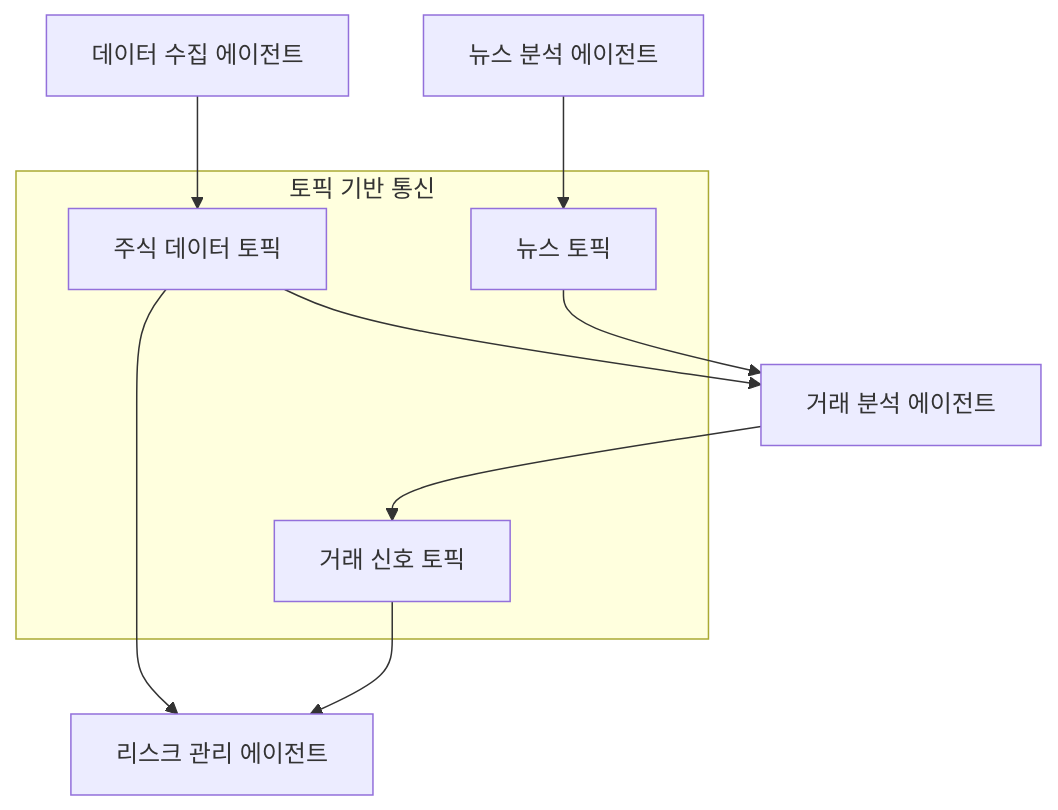
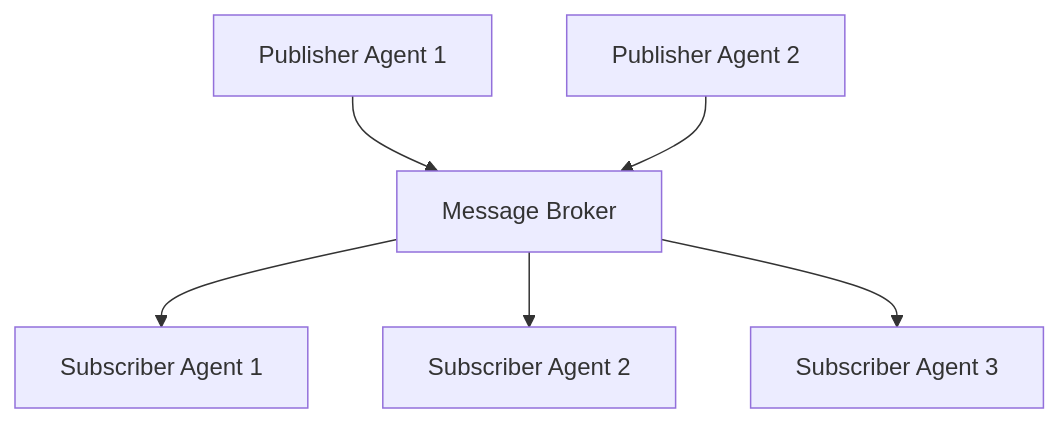
Before and after one commit to syshin0116/syshin0116.github.io: the fourth of 5 diagrams in content/AI/멀티에이전트 아키텍처와 대규모 구현 전략.md, drawn with Mermaid. The commit also changed other lines of this file, not shown here.

Commit message:
feat: multi-agent

````diff
--- a/content/AI/멀티에이전트 아키텍처와 대규모 구현 전략.md
+++ b/content/AI/멀티에이전트 아키텍처와 대규모 구현 전략.md
@@ -172,17 +140,8 @@
 ```mermaid
 graph TD
-    subgraph "토픽 기반 통신"
-        T1[주식 데이터 토픽]
-        T2[뉴스 토픽]
-        T3[거래 신호 토픽]
-    end
-    
-    A1[데이터 수집 에이전트] --> T1
-    A2[뉴스 분석 에이전트] --> T2
-    A3[거래 분석 에이전트] --> T3
-    
-    T1 --> A3
-    T2 --> A3
-    T1 --> A4[리스크 관리 에이전트]
-    T3 --> A4
+    P1[Publisher Agent 1] --> MB[Message Broker]
+    P2[Publisher Agent 2] --> MB
+    MB --> S1[Subscriber Agent 1]
+    MB --> S2[Subscriber Agent 2]
+    MB --> S3[Subscriber Agent 3]
 ```
````
